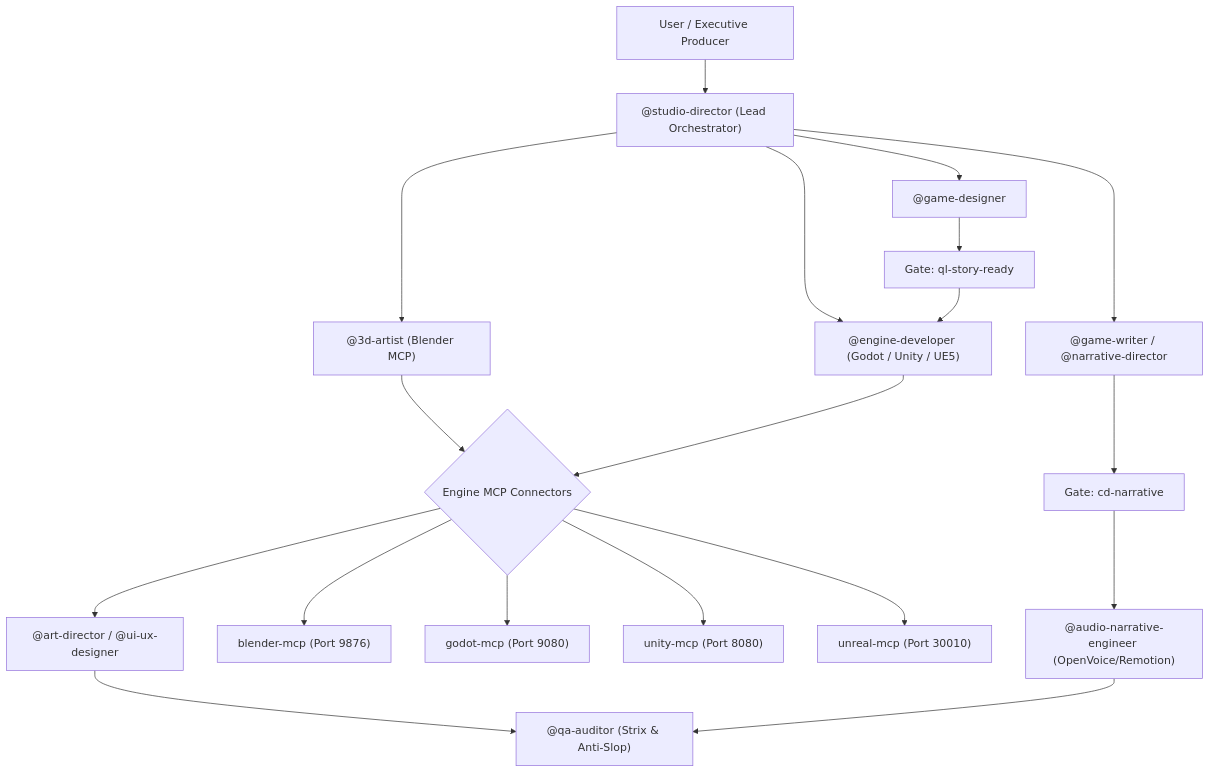
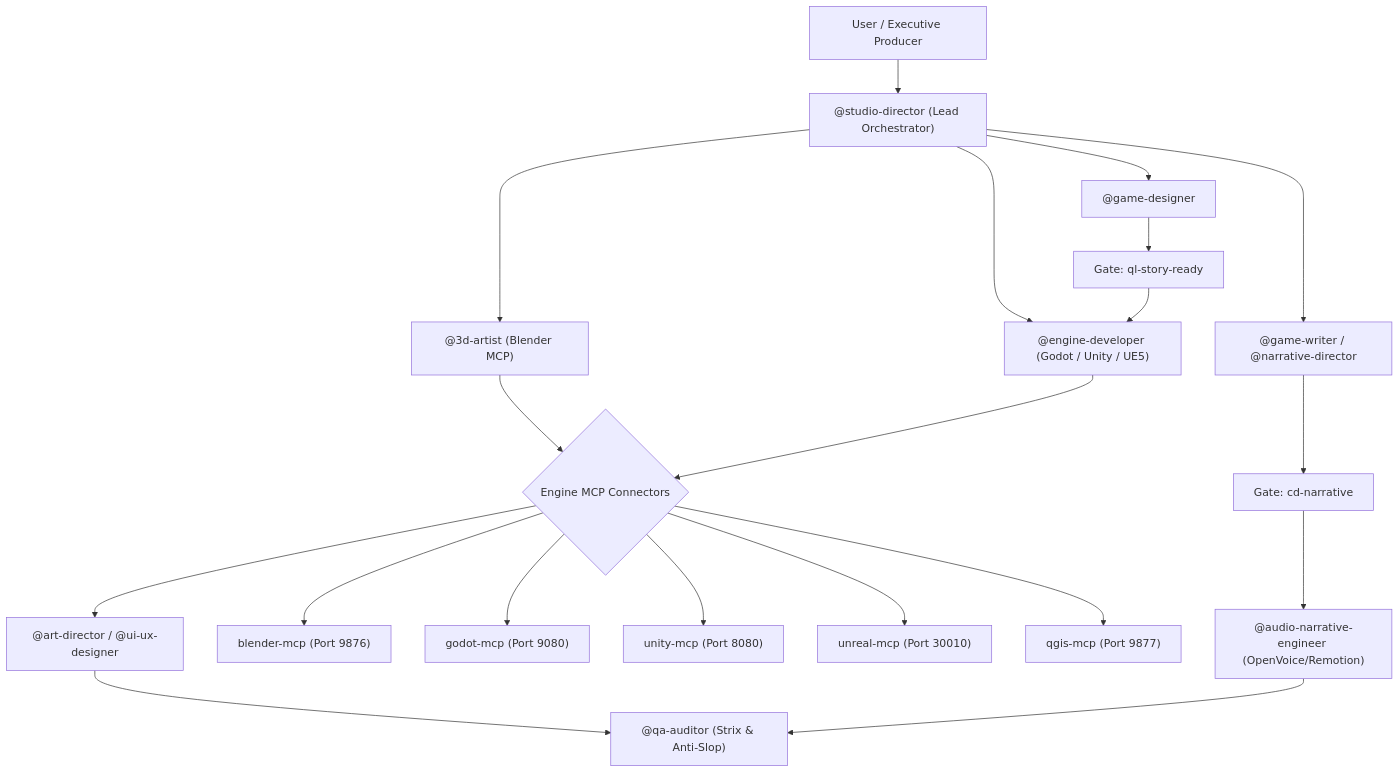
Before and after one commit to kursatsndgn/master-game-studio-skills: the diagram in AGENTS.md, drawn with Mermaid. The commit also changed other lines of this file and 9 other files, not shown here.

Commit message:
feat: add QGIS MCP connector, geospatial terrain pipeline, and proactive suggestion directive

````diff
--- a/AGENTS.md
+++ b/AGENTS.md
@@ -10,26 +10,27 @@
 ```mermaid
 graph TD
     User["User / Executive Producer"] --> Director["@studio-director (Lead Orchestrator)"]
     
     Director --> Narrative["@game-writer / @narrative-director"]
     Director --> Designer["@game-designer"]
     Director --> Artist3D["@3d-artist (Blender MCP)"]
     Director --> Engine["@engine-developer (Godot / Unity / UE5)"]
     
     Narrative --> Gate1["Gate: cd-narrative"]
     Gate1 --> Audio["@audio-narrative-engineer (OpenVoice/Remotion)"]
     
     Designer --> Gate2["Gate: ql-story-ready"]
     Gate2 --> Engine
     Artist3D --> MCP_Router{"Engine MCP Connectors"}
     Engine --> MCP_Router
     
     MCP_Router --> MCP_Blender["blender-mcp (Port 9876)"]
     MCP_Router --> MCP_Godot["godot-mcp (Port 9080)"]
     MCP_Router --> MCP_Unity["unity-mcp (Port 8080)"]
     MCP_Router --> MCP_Unreal["unreal-mcp (Port 30010)"]
+    MCP_Router --> MCP_QGIS["qgis-mcp (Port 9877)"]
     
     MCP_Router --> UI["@art-director / @ui-ux-designer"]
     UI --> QA["@qa-auditor (Strix & Anti-Slop)"]
     Audio --> QA
 ```
````
